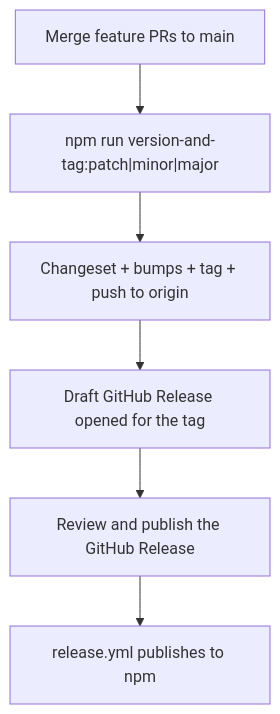
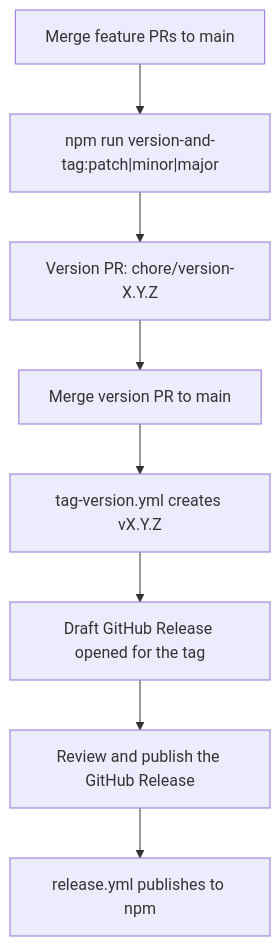
One commit to decodedcreative/jigsaw changed the diagram in docs/publication.md. Above: the diagram before and after it, drawn with Mermaid. The commit also changed other lines of this file and 6 other files, not shown here.

First line of the commit message:
fix: version via PR then CI tag for branch protection (#71)

````diff
--- a/docs/publication.md
+++ b/docs/publication.md
@@ -40,8 +40,10 @@
 ```mermaid
 flowchart TD
   A[Merge feature PRs to main] --> B["npm run version-and-tag:patch|minor|major"]
-  B --> C[Changeset + bumps + tag + push to origin]
-  C --> D[Draft GitHub Release opened for the tag]
-  D --> E[Review and publish the GitHub Release]
-  E --> F[release.yml publishes to npm]
+  B --> C[Version PR: chore/version-X.Y.Z]
+  C --> D[Merge version PR to main]
+  D --> E[tag-version.yml creates vX.Y.Z]
+  E --> F[Draft GitHub Release opened for the tag]
+  F --> G[Review and publish the GitHub Release]
+  G --> H[release.yml publishes to npm]
 ```
````
